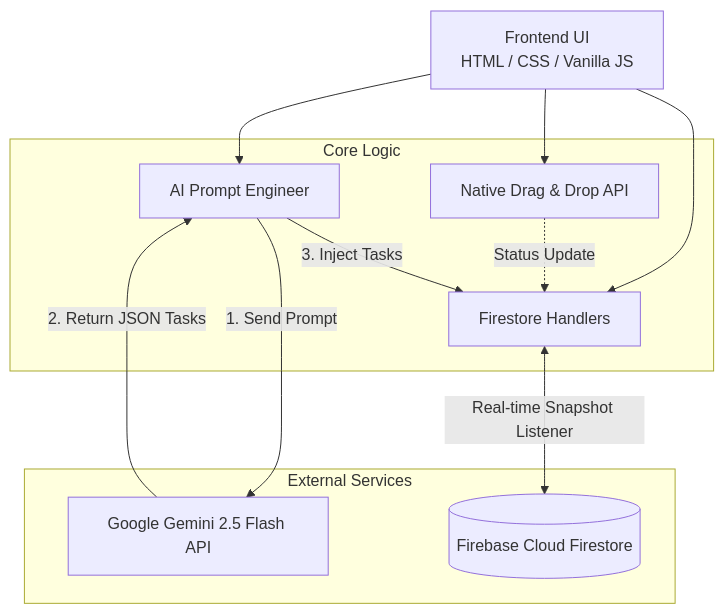
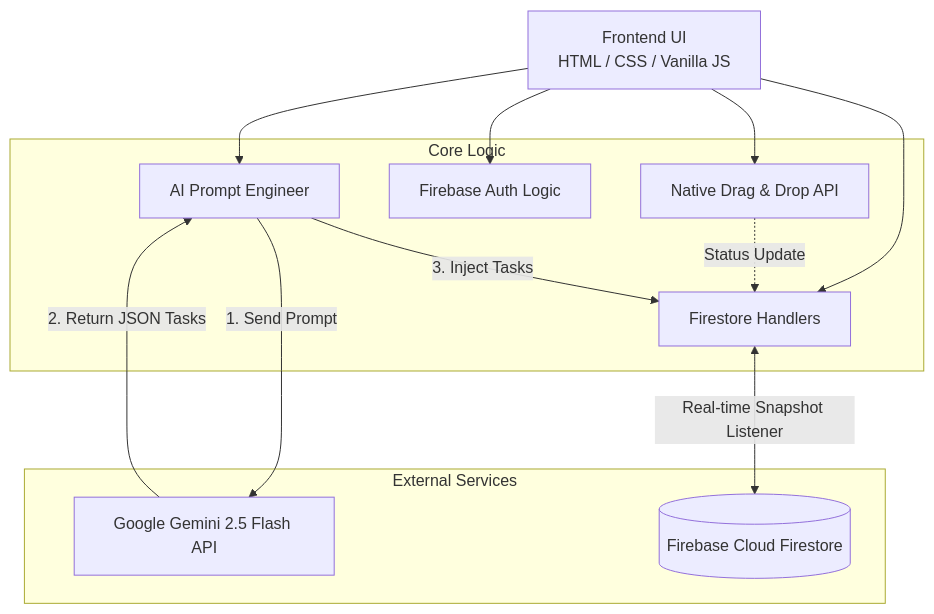
The diagram in README.md (romeototo/ai-kanban-board), drawn with Mermaid before and after one commit. The commit also changed other lines of this file, not shown here.

````diff
--- a/README.md
+++ b/README.md
@@ -25,26 +28,28 @@
 ```mermaid
 graph TD
     UI[Frontend UI<br>HTML / CSS / Vanilla JS]
     
     subgraph "Core Logic"
         DD[Native Drag & Drop API]
+        Auth[Firebase Auth Logic]
         AI[AI Prompt Engineer]
         DB[Firestore Handlers]
     end
     
     subgraph "External Services"
         Gemini[Google Gemini 2.5 Flash API]
         Firebase[(Firebase Cloud Firestore)]
     end
 
     UI --> DD
+    UI --> Auth
     UI --> AI
     UI --> DB
     
     DD -.->|Status Update| DB
     AI -->|1. Send Prompt| Gemini
     Gemini -->|2. Return JSON Tasks| AI
     AI -->|3. Inject Tasks| DB
     
     DB <-->|Real-time Snapshot Listener| Firebase
 ```
````
